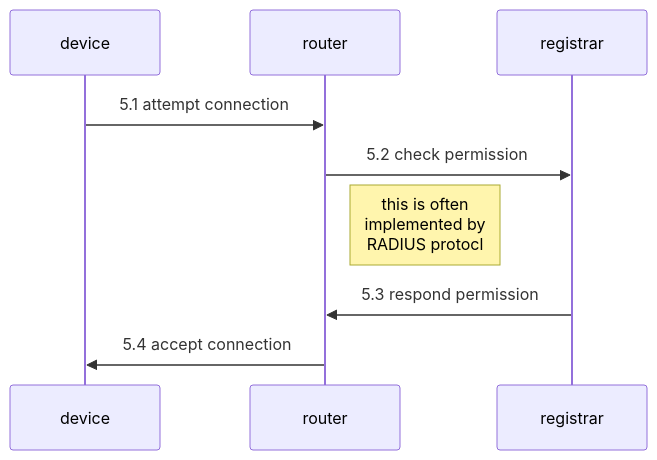
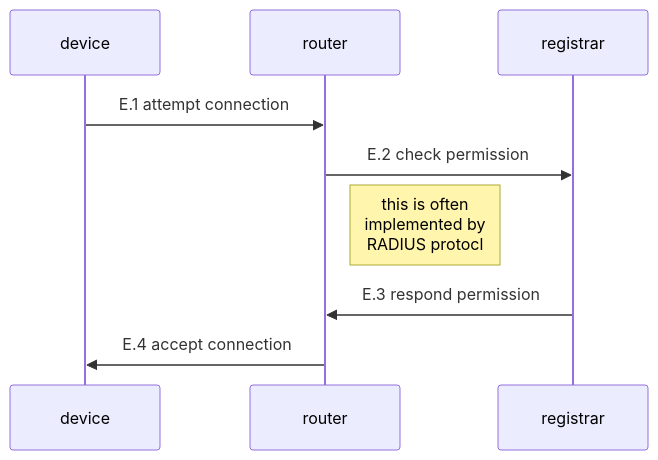
The fifth of 6 diagrams in packages/docusaurus/docs/build5-docs/20-prot overview.md (nqminds/trustnetz), drawn with Mermaid before and after one commit. The commit also changed other lines of this file and 33 other files, not shown here.

````diff
--- a/packages/docusaurus/docs/build5-docs/20-prot overview.md
+++ b/packages/docusaurus/docs/build5-docs/20-prot overview.md
@@ -322,17 +321,17 @@
 ```mermaid
     
 sequenceDiagram
     participant device
     participant router
     participant registrar
  
     
-    device->>router: 5.1 attempt connection
-    router->>registrar: 5.2 check permission
+    device->>router: E.1 attempt connection
+    router->>registrar: E.2 check permission
     note right of router: this is often <br>implemented by <br>RADIUS protocl 
-    registrar->>router: 5.3 respond permission
-    router->>device: 5.4 accept connection 
+    registrar->>router: E.3 respond permission
+    router->>device: E.4 accept connection 
     
    
 
 ```
````
